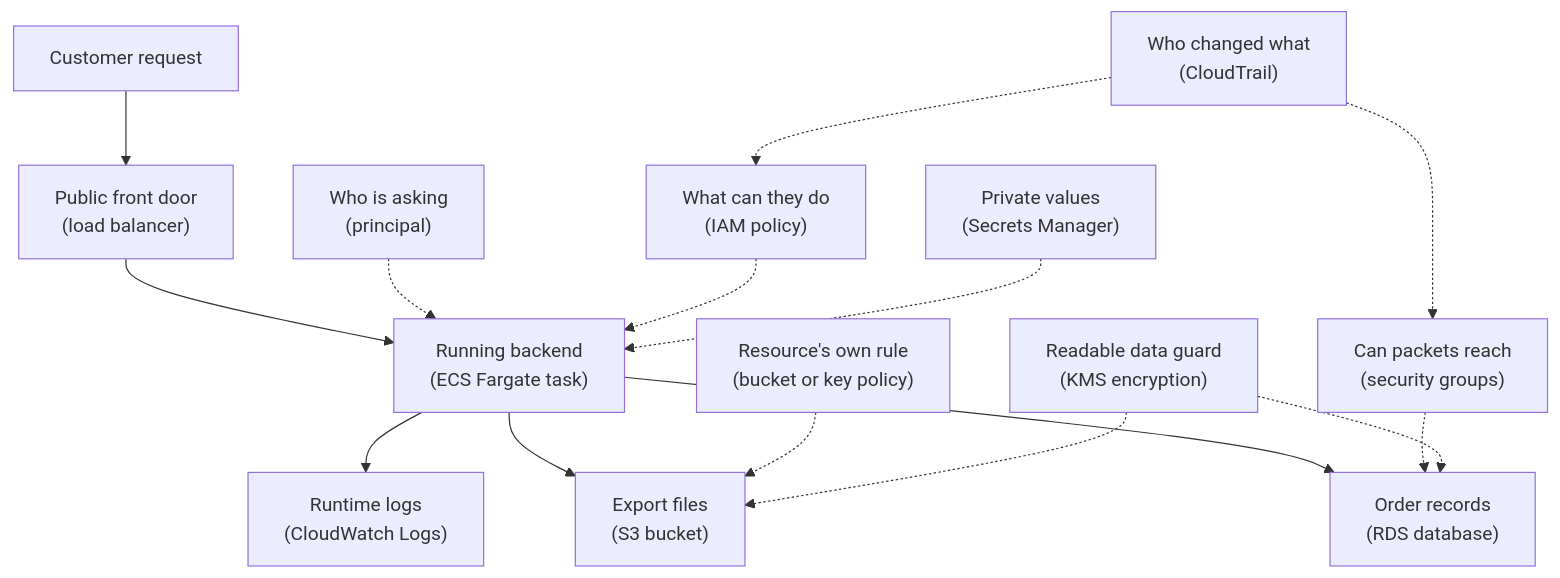
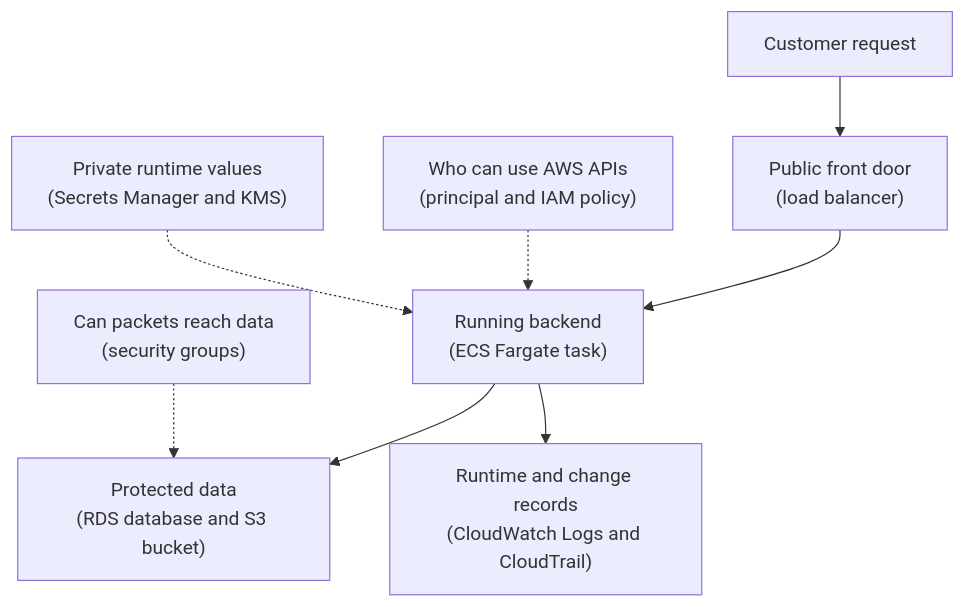
Before and after one commit to senlinyy/dev-roadmaps: the diagram in cloud-providers/aws/identity-security/identity-and-security-mental-model.md, drawn with Mermaid. The commit also changed 89 other files, not shown here.

````diff
--- a/cloud-providers/aws/identity-security/identity-and-security-mental-model.md
+++ b/cloud-providers/aws/identity-security/identity-and-security-mental-model.md
@@ -93,18 +93,11 @@
 ```mermaid
 flowchart TD
     USER["Customer request"] --> LB["Public front door<br/>(load balancer)"]
     LB --> TASK["Running backend<br/>(ECS Fargate task)"]
-    TASK --> DB["Order records<br/>(RDS database)"]
-    TASK --> FILES["Export files<br/>(S3 bucket)"]
-    TASK --> LOGS["Runtime logs<br/>(CloudWatch Logs)"]
+    TASK --> DATA["Protected data<br/>(RDS database and S3 bucket)"]
+    TASK --> RECORDS["Runtime and change records<br/>(CloudWatch Logs and CloudTrail)"]
 
-    PRINCIPAL["Who is asking<br/>(principal)"] -.-> TASK
-    PERMISSION["What can they do<br/>(IAM policy)"] -.-> TASK
-    RESOURCE["Resource's own rule<br/>(bucket or key policy)"] -.-> FILES
-    NETWORK["Can packets reach<br/>(security groups)"] -.-> DB
-    SECRETS["Private values<br/>(Secrets Manager)"] -.-> TASK
-    ENCRYPTION["Readable data guard<br/>(KMS encryption)"] -.-> DB
-    ENCRYPTION -.-> FILES
-    AUDIT["Who changed what<br/>(CloudTrail)"] -.-> PERMISSION
-    AUDIT -.-> NETWORK
+    ACCESS["Who can use AWS APIs<br/>(principal and IAM policy)"] -.-> TASK
+    NETWORK["Can packets reach data<br/>(security groups)"] -.-> DATA
+    SECRETS["Private runtime values<br/>(Secrets Manager and KMS)"] -.-> TASK
 ```
````
